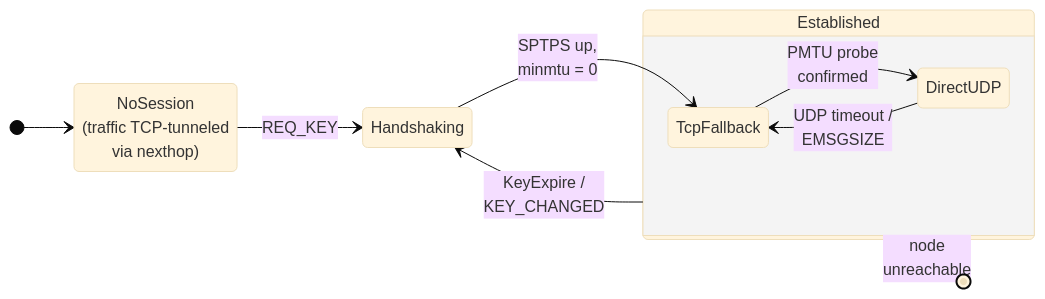
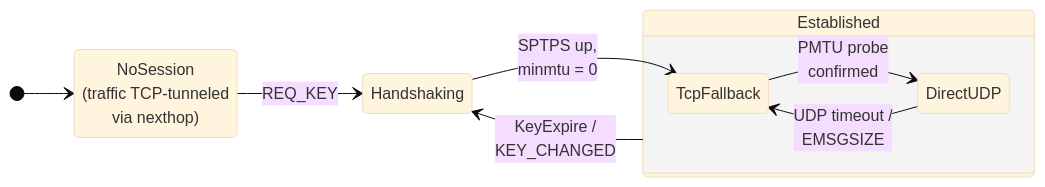
The fourth of 4 diagrams in docs/PROTOCOL.md (Mic92/tincr), drawn with Mermaid (base theme) before and after one commit. The commit also changed other lines of this file, not shown here.

````diff
--- a/docs/PROTOCOL.md
+++ b/docs/PROTOCOL.md
@@ -196,15 +196,14 @@
 ```mermaid
 stateDiagram-v2
     direction LR
     [*] --> NoSession
     NoSession: NoSession<br/>(traffic TCP-tunneled<br/>via nexthop)
     NoSession --> Handshaking: REQ_KEY
     Handshaking --> TcpFallback: SPTPS up,<br/>minmtu = 0
     state Established {
         direction LR
         TcpFallback --> DirectUDP: PMTU probe<br/>confirmed
         DirectUDP --> TcpFallback: UDP timeout /<br/>EMSGSIZE
     }
     Established --> Handshaking: KeyExpire /<br/>KEY_CHANGED
-    Established --> [*]: node<br/>unreachable
 ```
````
